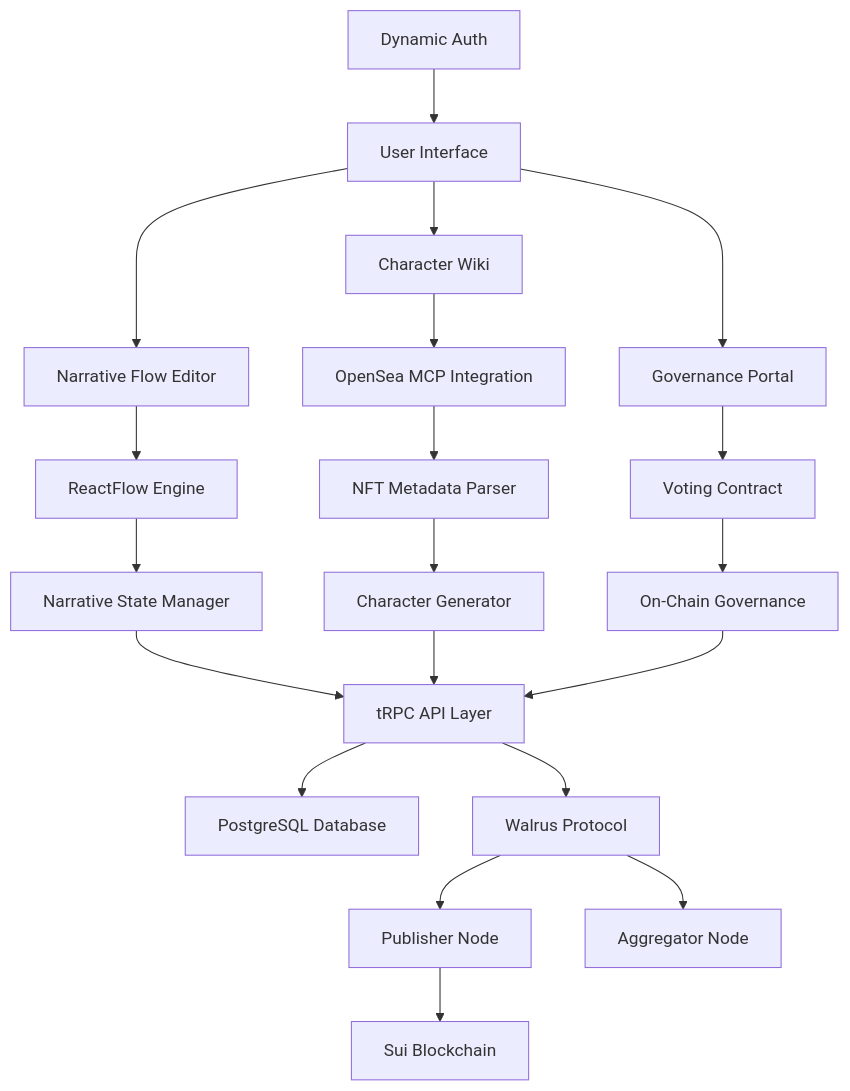
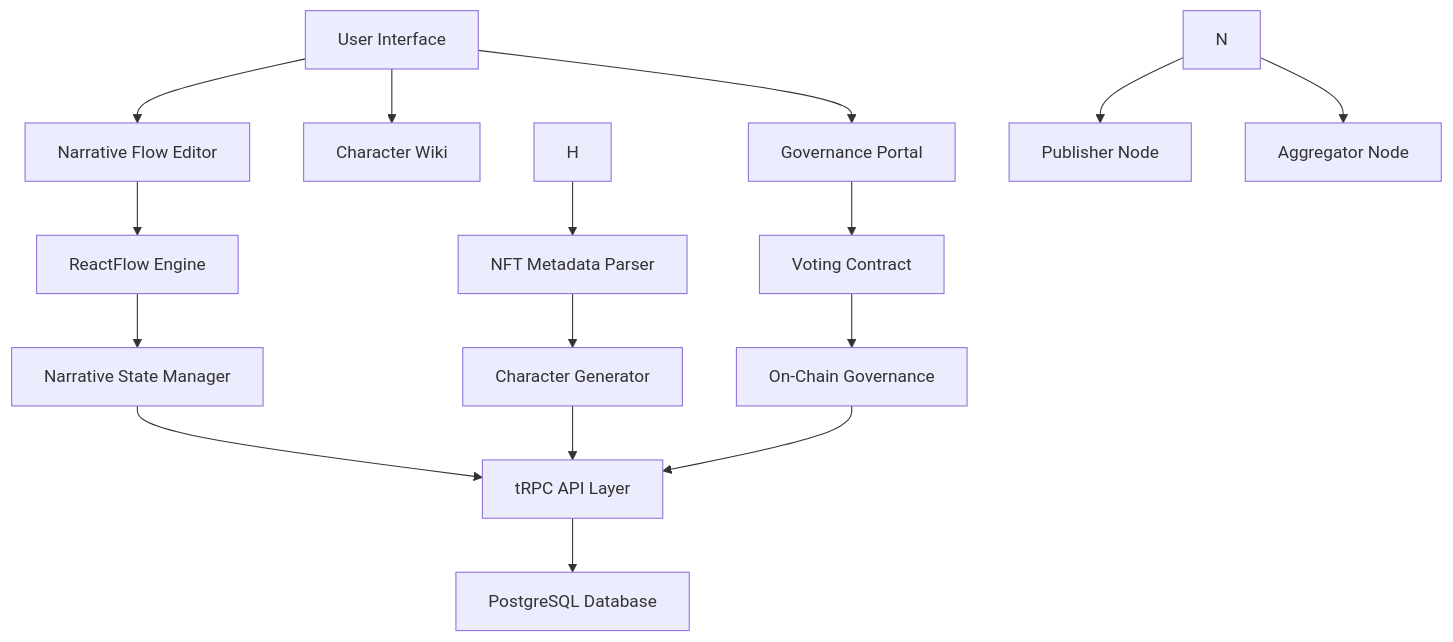
Before and after one commit to Principursa/loar-monorepo: the diagram in README.md, drawn with Mermaid. The commit also changed other lines of this file, not shown here.

Commit message:
Filecoin Integration Plan

````diff
--- a/README.md
+++ b/README.md
@@ -191,27 +191,23 @@
 ```mermaid
 graph TD
     A[User Interface] --> B[Narrative Flow Editor]
     A --> C[Character Wiki]
     A --> D[Governance Portal]
     
     B --> E[ReactFlow Engine]
     E --> F[Narrative State Manager]
     F --> G[tRPC API Layer]
     
-    C --> H[OpenSea MCP Integration]
     H --> I[NFT Metadata Parser]
     I --> J[Character Generator]
     J --> G
     
     D --> K[Voting Contract]
     K --> L[On-Chain Governance]
     L --> G
     
     G --> M[PostgreSQL Database]
-    G --> N[Walrus Protocol]
     N --> O[Publisher Node]
     N --> P[Aggregator Node]
-    O --> Q[Sui Blockchain]
     
-    R[Dynamic Auth] --> A
 ```
````
